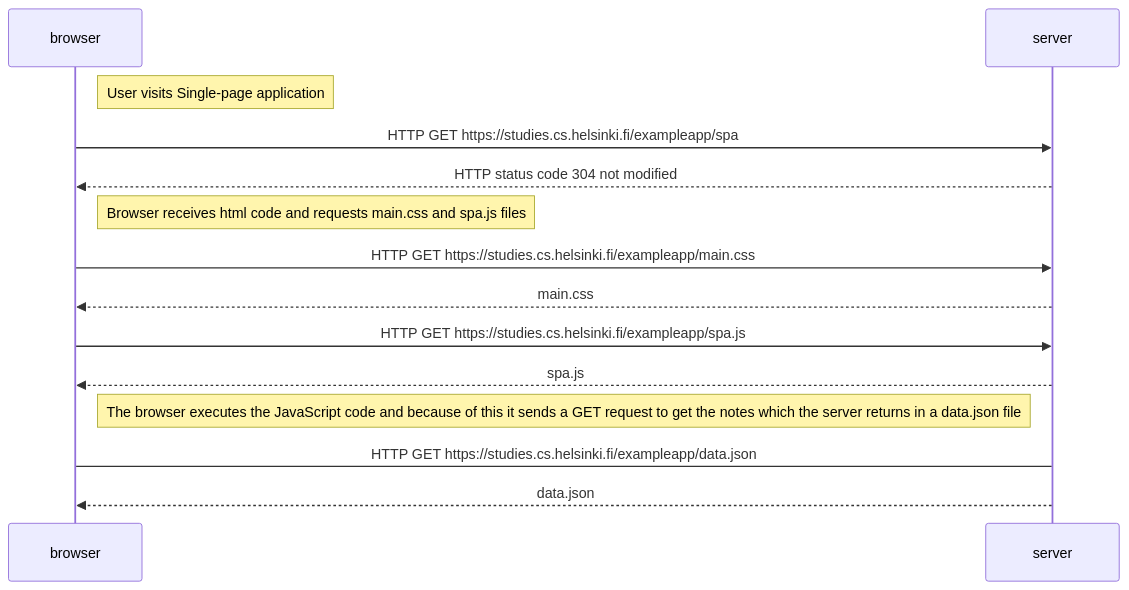
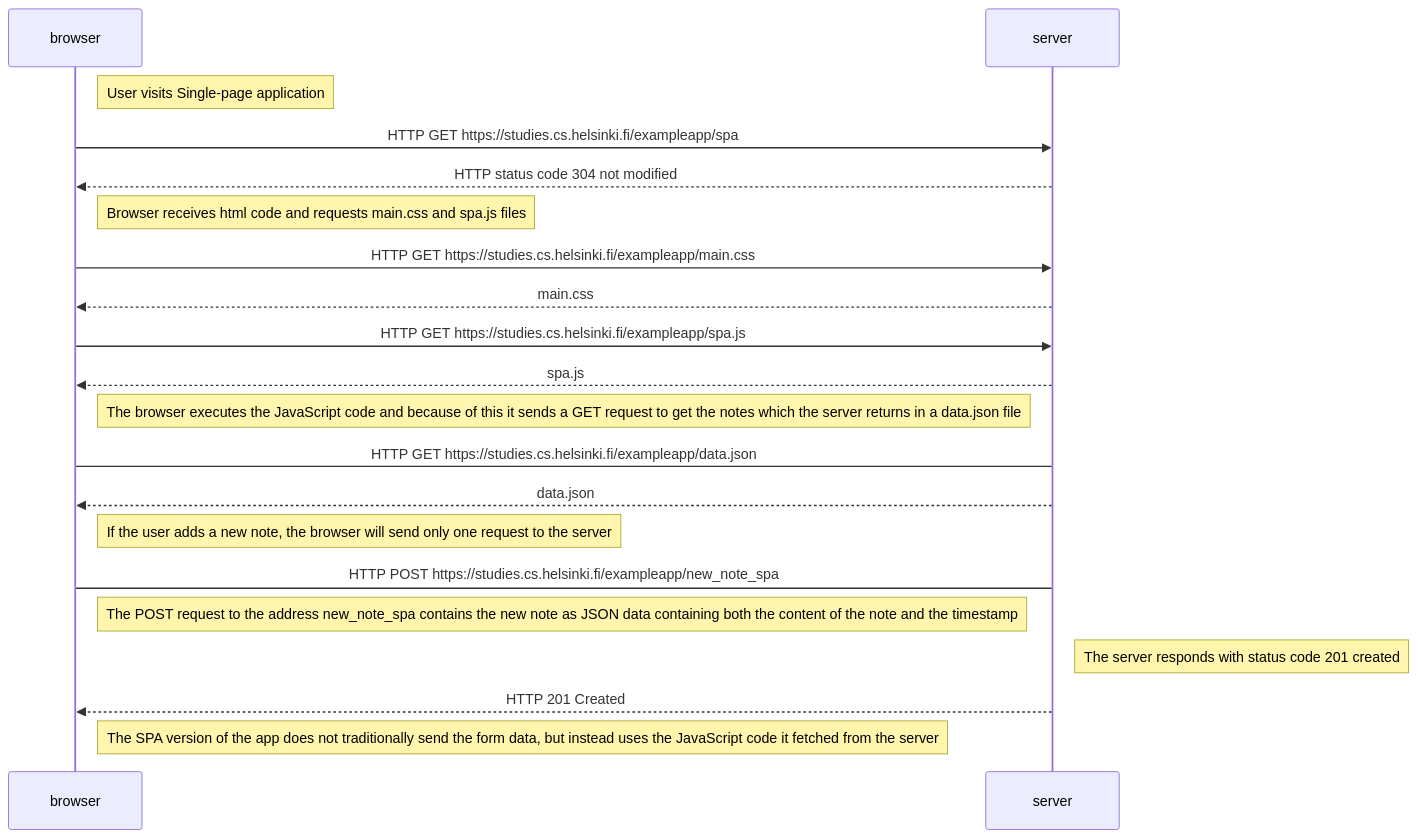
One commit to Otxobot/FullstackOpenUniversity changed the diagram in part0/single_page_app05.md. Above: the diagram before and after it, drawn with Mermaid.

````diff
--- a/part0/single_page_app05.md
+++ b/part0/single_page_app05.md
@@ -1,18 +1,25 @@
 ```mermaid
   sequenceDiagram
     participant browser
     participant server
 
     Note right of browser: User visits Single-page application
     browser->>server: HTTP GET https://studies.cs.helsinki.fi/exampleapp/spa
     server-->>browser: HTTP status code 304 not modified
     Note right of browser: Browser receives html code and requests main.css and spa.js files
     browser->>server: HTTP GET https://studies.cs.helsinki.fi/exampleapp/main.css
     server-->>browser: main.css
     browser->>server: HTTP GET https://studies.cs.helsinki.fi/exampleapp/spa.js
     server-->>browser: spa.js
     Note right of browser: The browser executes the JavaScript code and because of this it sends a GET request to get the notes which the server returns in a data.json file
     browser->server: HTTP GET https://studies.cs.helsinki.fi/exampleapp/data.json
     server-->>browser: data.json
 
+
+    Note right of browser: If the user adds a new note, the browser will send only one request to the server
+    browser->server: HTTP POST https://studies.cs.helsinki.fi/exampleapp/new_note_spa
+    Note right of browser: The POST request to the address new_note_spa contains the new note as JSON data containing both the content of the note and the timestamp
+    Note right of server: The server responds with status code 201 created
+    server-->>browser: HTTP 201 Created
+    Note right of browser: The SPA version of the app does not traditionally send the form data, but instead uses the JavaScript code it fetched from the server
 ```
````
